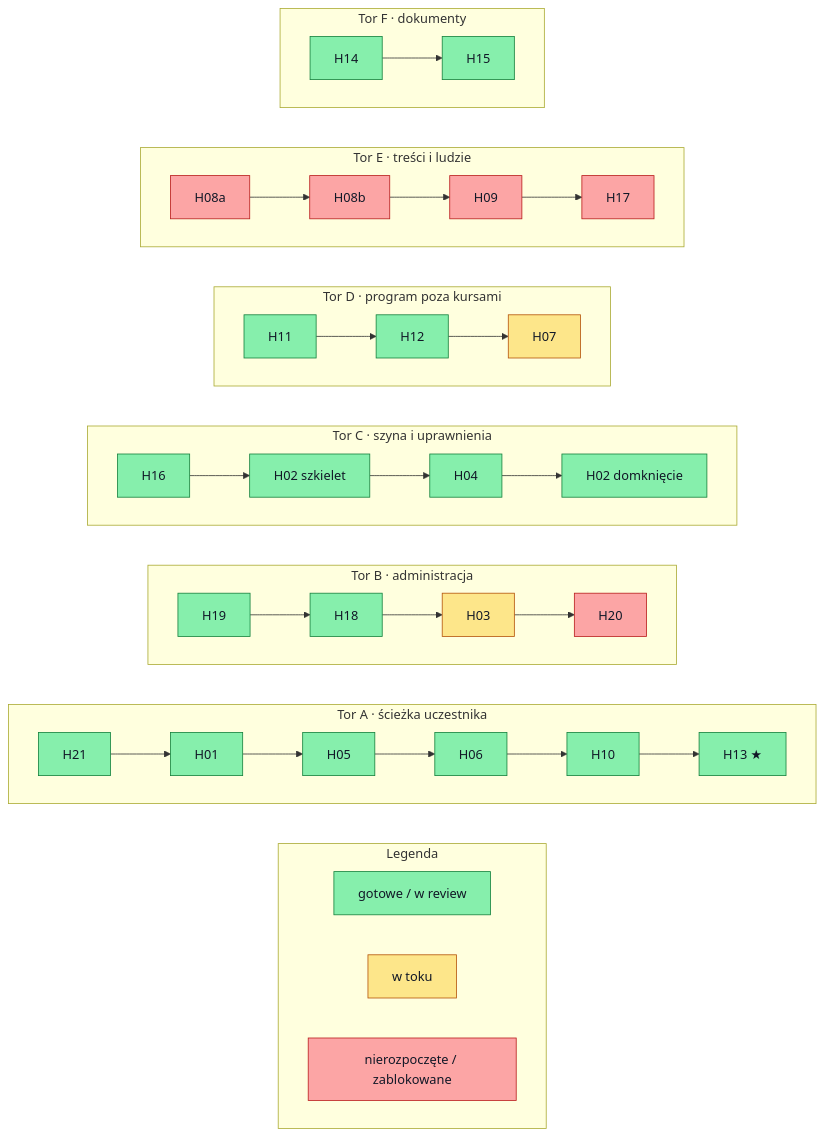
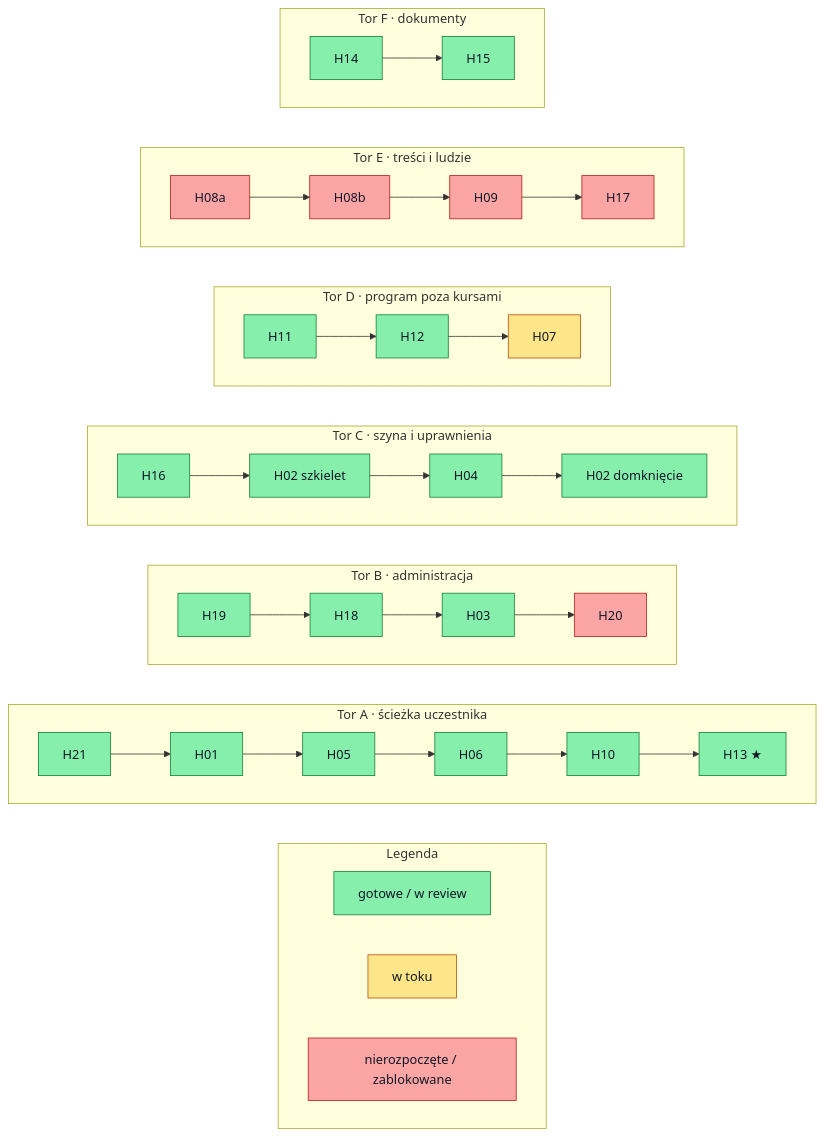
Before and after one commit to tomekwilczak/psychon-hackaton: the fourth of 5 diagrams in docs/hackathon/05-zaleznosci-pakietow.md, drawn with Mermaid.

Commit message:
docs(hackathon): mark H03 done in track diagram
PR #33 merged H03 (recruitment) into main; the board sync is in
PR #36. Color the diagram from the actual merge state.

Claude-Session: https://claude.ai/code/session_01HniybPsaUW4h39Cz6p4Xud

````diff
--- a/docs/hackathon/05-zaleznosci-pakietow.md
+++ b/docs/hackathon/05-zaleznosci-pakietow.md
@@ -227,37 +227,37 @@
 ```mermaid
 flowchart LR
   classDef done fill:#86efac,stroke:#15803d,color:#111827
   classDef wip fill:#fde68a,stroke:#b45309,color:#111827
   classDef todo fill:#fca5a5,stroke:#b91c1c,color:#111827
 
   subgraph LG["Legenda"]
     direction LR
     L1["gotowe / w review"]:::done
     L2["w toku"]:::wip
     L3["nierozpoczęte / zablokowane"]:::todo
   end
   subgraph TA["Tor A · ścieżka uczestnika"]
     direction LR
     A0["H21"]:::done --> A1["H01"]:::done --> A2["H05"]:::done --> A3["H06"]:::done --> A4["H10"]:::done --> A5["H13 ★"]:::done
   end
   subgraph TB["Tor B · administracja"]
     direction LR
-    B0["H19"]:::done --> B1["H18"]:::done --> B2["H03"]:::wip --> B3["H20"]:::todo
+    B0["H19"]:::done --> B1["H18"]:::done --> B2["H03"]:::done --> B3["H20"]:::todo
   end
   subgraph TC["Tor C · szyna i uprawnienia"]
     direction LR
     C0["H16"]:::done --> C1["H02 szkielet"]:::done --> C2["H04"]:::done --> C3["H02 domknięcie"]:::done
   end
   subgraph TD["Tor D · program poza kursami"]
     direction LR
     D0["H11"]:::done --> D1["H12"]:::done --> D2["H07"]:::wip
   end
   subgraph TE["Tor E · treści i ludzie"]
     direction LR
     E0["H08a"]:::todo --> E1["H08b"]:::todo --> E2["H09"]:::todo --> E3["H17"]:::todo
   end
   subgraph TF["Tor F · dokumenty"]
     direction LR
     F0["H14"]:::done --> F1["H15"]:::done
   end
 ```
````
